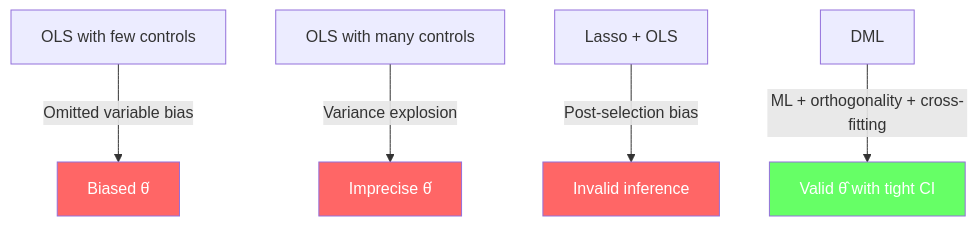
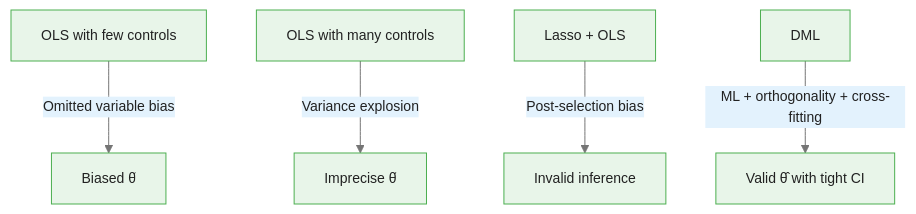
Before and after one commit to m-deane/course-creator: the fourth of 4 diagrams in courses/double-machine-learning/modules/module_00_foundations/guides/01_causal_inference_problem_slides.md, drawn with Mermaid. The commit also changed other lines of this file and 40 other files, not shown here.

````diff
--- a/courses/double-machine-learning/modules/module_00_foundations/guides/01_causal_inference_problem_slides.md
+++ b/courses/double-machine-learning/modules/module_00_foundations/guides/01_causal_inference_problem_slides.md
@@ -321,11 +337,8 @@
 ```mermaid
+%%{init: {"theme": "base", "themeVariables": {"primaryColor": "#e8f5e9", "primaryBorderColor": "#4caf50", "primaryTextColor": "#212121", "secondaryColor": "#e3f2fd", "tertiaryColor": "#fff8e1", "lineColor": "#757575", "fontFamily": "Inter, sans-serif", "fontSize": "14px"}}}%%
 flowchart TD
     OLS["OLS with few controls"] -->|"Omitted variable bias"| Bad1["Biased θ̂"]
     OLS2["OLS with many controls"] -->|"Variance explosion"| Bad2["Imprecise θ̂"]
     Lasso["Lasso + OLS"] -->|"Post-selection bias"| Bad3["Invalid inference"]
     DML["DML"] -->|"ML + orthogonality + cross-fitting"| Good["Valid θ̂ with tight CI"]
-    style Bad1 fill:#f66,color:#fff
-    style Bad2 fill:#f66,color:#fff
-    style Bad3 fill:#f66,color:#fff
-    style Good fill:#6f6,color:#fff
 ```
````
